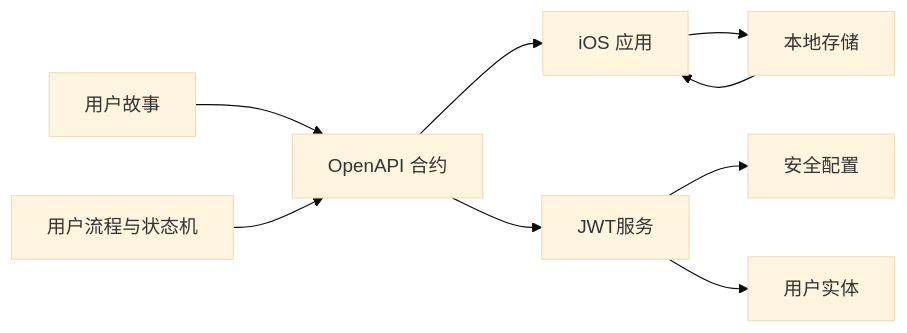
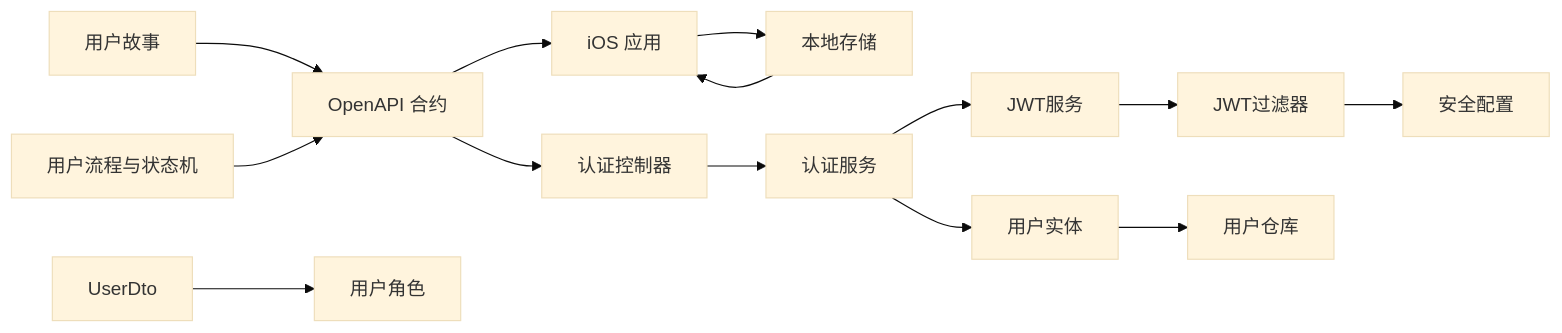
The ninth of 9 diagrams in .qoder/repowiki/zh/content/核心功能模块/认证系统.md (Jayden23018/blind-run-ios), drawn with Mermaid (base theme) before and after one commit. The commit also changed other lines of this file and 35 other files, not shown here.

Commit message:
Implement backend auth and role-switch flow

````diff
--- a/.qoder/repowiki/zh/content/核心功能模块/认证系统.md
+++ b/.qoder/repowiki/zh/content/核心功能模块/认证系统.md
@@ -352,11 +502,16 @@
 ```mermaid
 graph LR
 Stories["用户故事"] --> API["OpenAPI 合约"]
 Flow["用户流程与状态机"] --> API
 API --> IOS["iOS 应用"]
 IOS --> Store["本地存储"]
 Store --> IOS
-API --> JwtService["JWT服务"]
-JwtService --> SecurityConfig["安全配置"]
-JwtService --> AppUser["用户实体"]
+API --> AuthController["认证控制器"]
+AuthController --> AuthService["认证服务"]
+AuthService --> JwtService["JWT服务"]
+JwtService --> JwtFilter["JWT过滤器"]
+JwtFilter --> SecurityConfig["安全配置"]
+AuthService --> AppUser["用户实体"]
+AppUser --> AppUserRepository["用户仓库"]
+UserDto --> UserRole["用户角色"]
 ```
````
